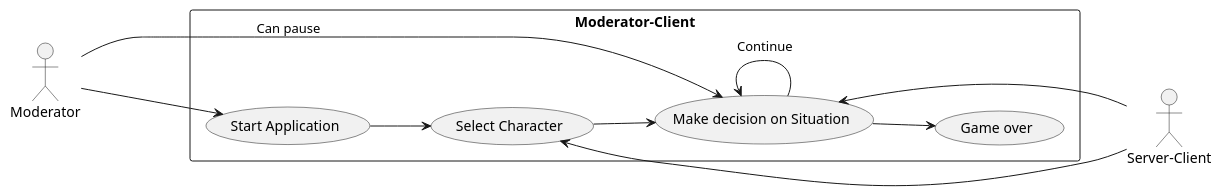
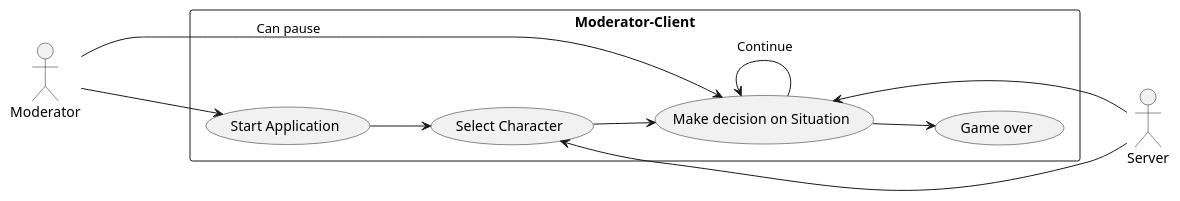
The diagram in Docs/Technical Specifications/docs/diagrams/Moderator_Client.puml (Brotenko/QualityQuest), drawn with PlantUML before and after one commit. The commit also changed 19 other files, not shown here.

Commit message:
Refactoring of the architecture design/diagrams into the Technical Specifications. Flavor-texts were added to the architecture diagrams and some general stuff refactored/renamed/relocated.

```diff
--- a/Docs/Technical Specifications/docs/diagrams/Moderator_Client.puml
+++ b/Docs/Technical Specifications/docs/diagrams/Moderator_Client.puml
@@ -1,22 +1,22 @@
 @startuml
 left to right direction
 
 rectangle "Moderator-Client" {
 usecase "Start Application" as START
 usecase "Select Character" as CHAR
 usecase "Make decision on Situation" as MDOCS
 usecase "Game over" as GO
 }
-actor "Server-Client" as SC
+actor "Server" as SC
 actor "Moderator" as P
 
 SC -up--> CHAR
 SC -up--> MDOCS
 START --> CHAR
 CHAR --> MDOCS
 P -down--> START
 P -down--> (MDOCS) : Can pause 
 MDOCS -left--> (MDOCS) : Continue
 MDOCS --> GO
 
 @enduml
```
